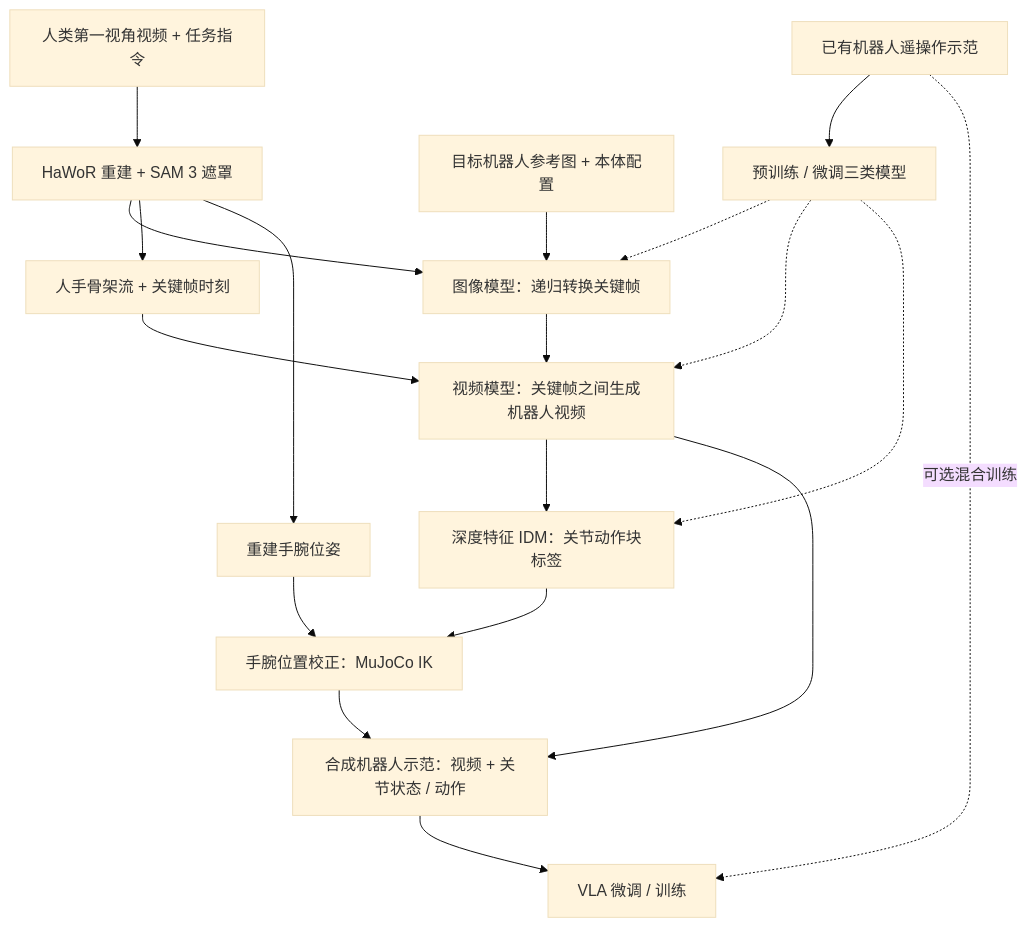
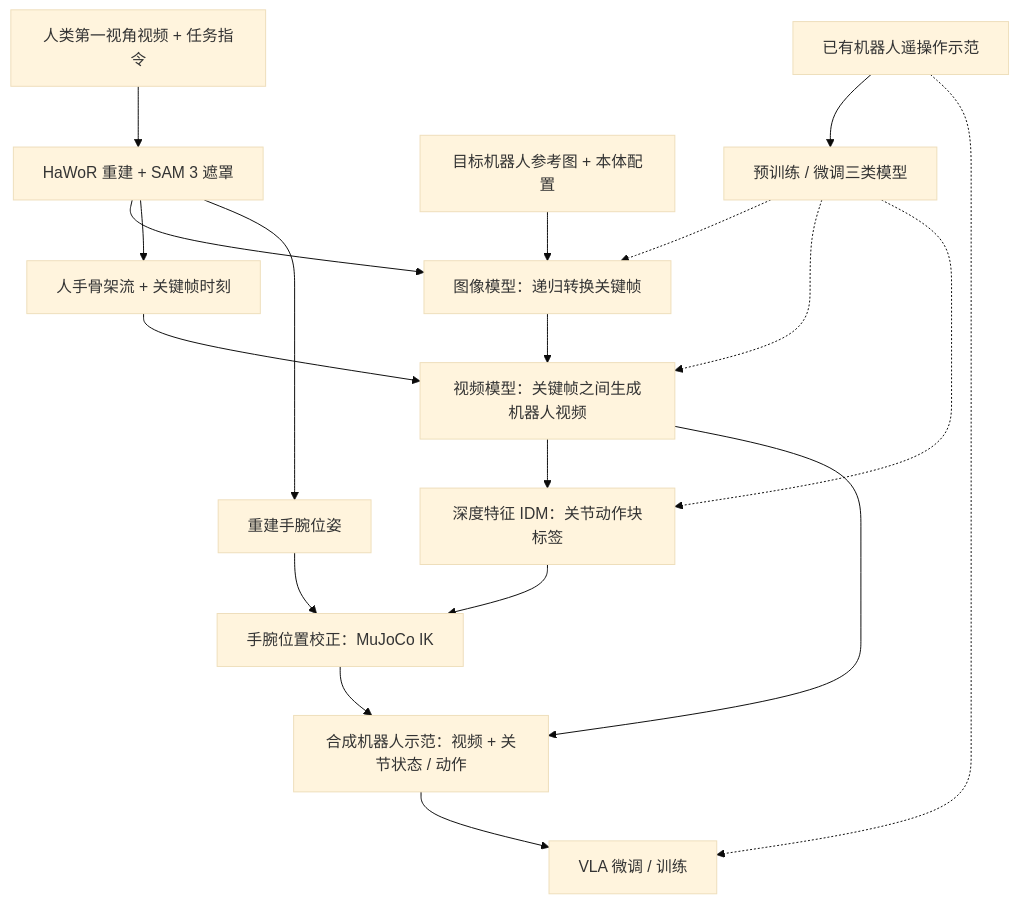
One commit to ImChong/Robotics_Notebooks changed the first of 2 diagrams in wiki/entities/paper-robotryon.md. Above: the diagram before and after it, drawn with Mermaid (base theme).

Commit message:
fix: 使用兼容 Mermaid 的流程图连线语法

````diff
--- a/wiki/entities/paper-robotryon.md
+++ b/wiki/entities/paper-robotryon.md
@@ -71,21 +71,21 @@
 ```mermaid
 flowchart TD
   Human["人类第一视角视频 + 任务指令"] --> Prep["HaWoR 重建 + SAM 3 遮罩"]
   Robot["目标机器人参考图 + 本体配置"] --> Key["图像模型：递归转换关键帧"]
   Prep --> Key
   Prep --> Skeleton["人手骨架流 + 关键帧时刻"]
   Key --> Video["视频模型：关键帧之间生成机器人视频"]
   Skeleton --> Video
   Video --> IDM["深度特征 IDM：关节动作块标签"]
   Prep --> Wrist["重建手腕位姿"]
   IDM --> Correct["手腕位置校正：MuJoCo IK"]
   Wrist --> Correct
   Correct --> Demo["合成机器人示范：视频 + 关节状态 / 动作"]
   Video --> Demo
   Demo --> Policy["VLA 微调 / 训练"]
   Teleop["已有机器人遥操作示范"] --> TrainModels["预训练 / 微调三类模型"]
   TrainModels -.-> Key
   TrainModels -.-> Video
   TrainModels -.-> IDM
-  Teleop -. "可选混合训练" .-> Policy
+  Teleop -.-> Policy
 ```
````
